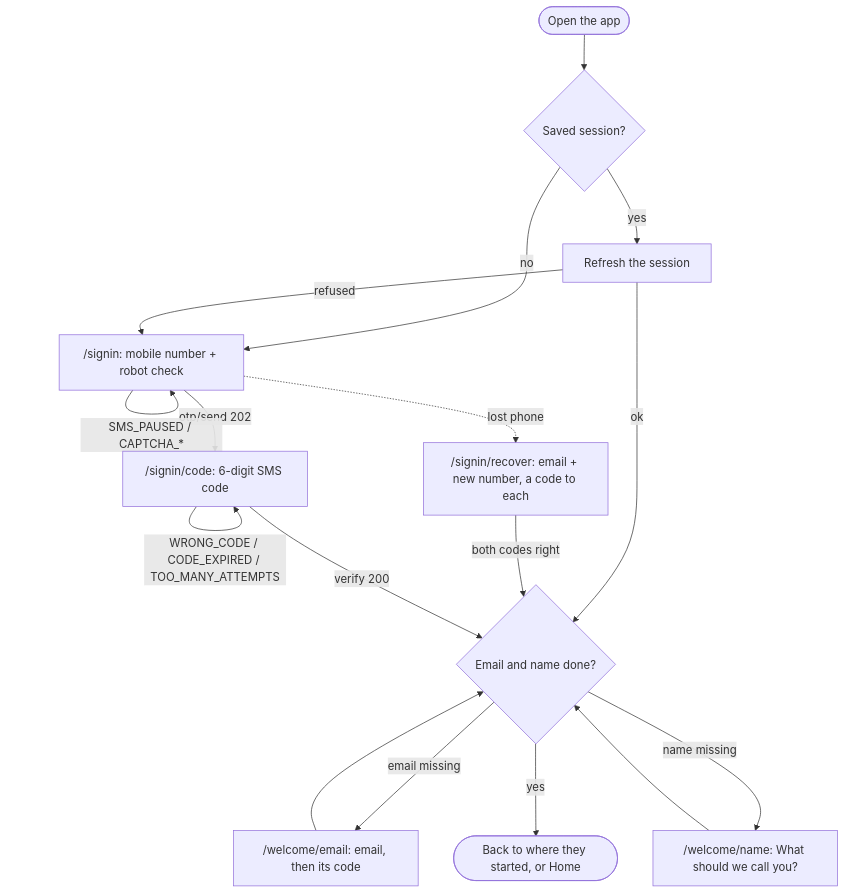
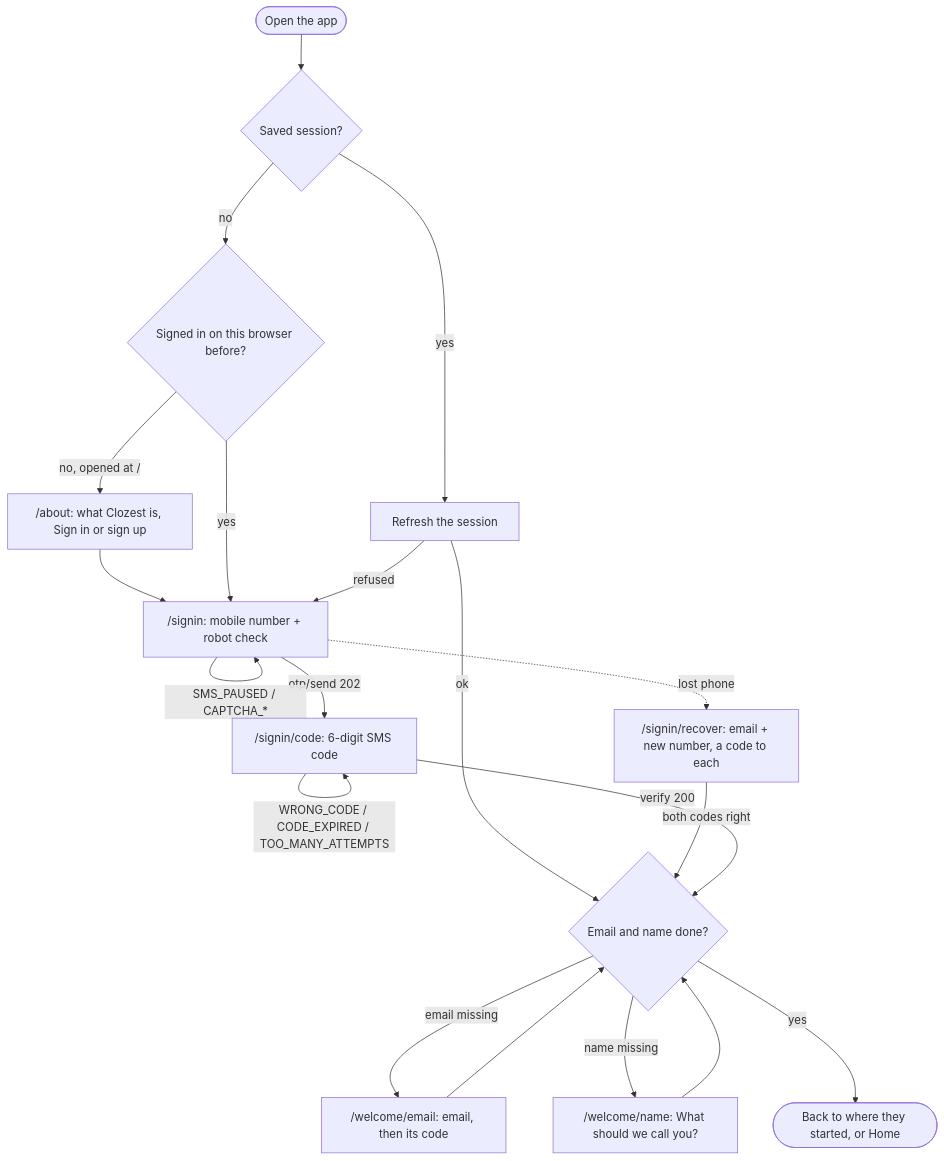
Before and after one commit to Premanshu-jha/apni-dukan-customer: the first of 4 diagrams in README.md, drawn with Mermaid. The commit also changed other lines of this file and 2 other files, not shown here.

````diff
--- a/README.md
+++ b/README.md
@@ -91,19 +96,22 @@
 ```mermaid
 flowchart TD
   open([Open the app]) --> saved{Saved session?}
-  saved -- no --> phone["/signin: mobile number + robot check"]
+  saved -- no --> before{Signed in on this browser before?}
+  before -- "no, opened at /" --> about["/about: what Clozest is, Sign in or sign up"]
+  about --> phone
+  before -- yes --> phone["/signin: mobile number + robot check"]
   saved -- yes --> refresh[Refresh the session]
   refresh -- refused --> phone
   refresh -- ok --> done{Email and name done?}
   phone -- "otp/send 202" --> code["/signin/code: 6-digit SMS code"]
   phone -- "SMS_PAUSED / CAPTCHA_*" --> phone
   phone -. lost phone .-> recover["/signin/recover: email + new number, a code to each"]
   recover -- both codes right --> done
   code -- "WRONG_CODE / CODE_EXPIRED / TOO_MANY_ATTEMPTS" --> code
   code -- "verify 200" --> done
   done -- email missing --> email["/welcome/email: email, then its code"]
   email --> done
   done -- name missing --> name["/welcome/name: What should we call you?"]
   name --> done
   done -- yes --> back([Back to where they started, or Home])
 ```
````
